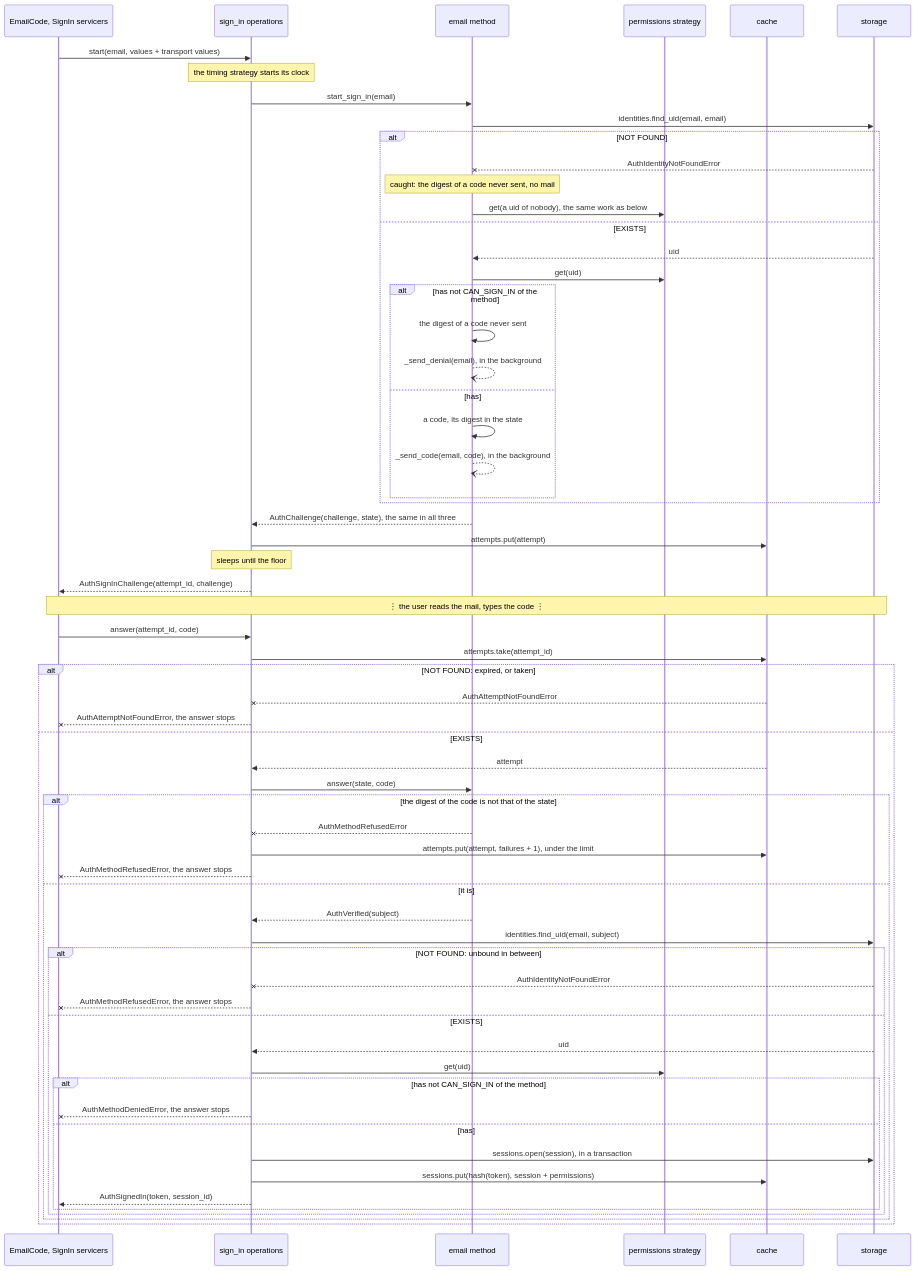
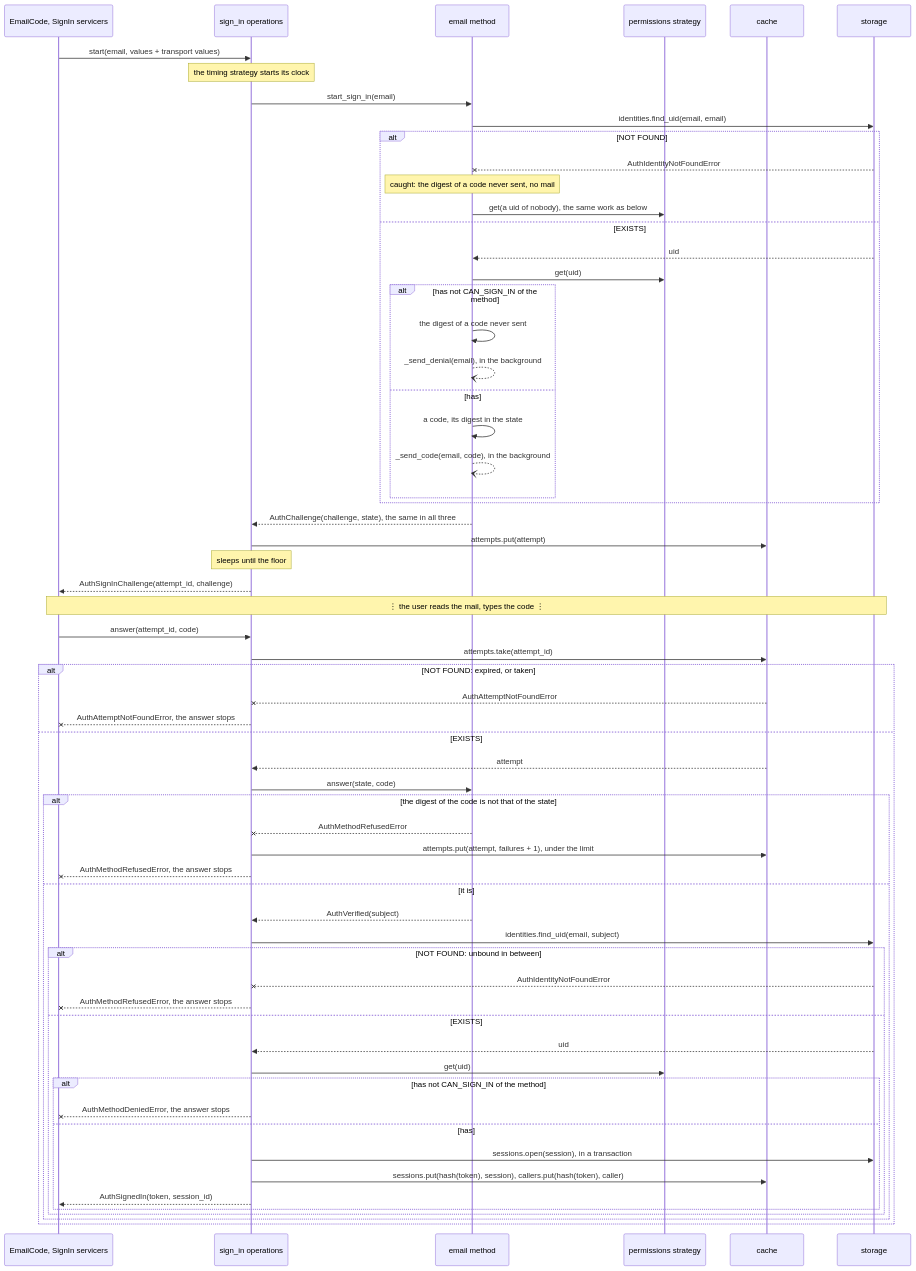
The second of 2 diagrams in docs/design/auth/methods/email-code.md (ak-ingots/ingots-libs), drawn with Mermaid before and after one commit. The commit also changed 4 other files, not shown here.

````diff
--- a/docs/design/auth/methods/email-code.md
+++ b/docs/design/auth/methods/email-code.md
@@ -87,64 +87,64 @@
 ```mermaid
 sequenceDiagram
     participant Servicer as EmailCode, SignIn servicers
     participant SignIn as sign_in operations
     participant Method as email method
     participant Perms as permissions strategy
     participant Cache as cache
     participant Storage as storage
     Servicer->>SignIn: start(email, values + transport values)
     Note over SignIn: the timing strategy starts its clock
     SignIn->>Method: start_sign_in(email)
     Method->>Storage: identities.find_uid(email, email)
     alt NOT FOUND
         Storage--xMethod: AuthIdentityNotFoundError
         Note over Method: caught: the digest of a code never sent, no mail
         Method->>Perms: get(a uid of nobody), the same work as below
     else EXISTS
         Storage-->>Method: uid
         Method->>Perms: get(uid)
         alt has not CAN_SIGN_IN of the method
             Method->>Method: the digest of a code never sent
             Method--)Method: _send_denial(email), in the background
         else has
             Method->>Method: a code, its digest in the state
             Method--)Method: _send_code(email, code), in the background
         end
     end
     Method-->>SignIn: AuthChallenge(challenge, state), the same in all three
     SignIn->>Cache: attempts.put(attempt)
     Note over SignIn: sleeps until the floor
     SignIn-->>Servicer: AuthSignInChallenge(attempt_id, challenge)
     Note over Servicer,Storage: ⋮ the user reads the mail, types the code ⋮
     Servicer->>SignIn: answer(attempt_id, code)
     SignIn->>Cache: attempts.take(attempt_id)
     alt NOT FOUND: expired, or taken
         Cache--xSignIn: AuthAttemptNotFoundError
         SignIn--xServicer: AuthAttemptNotFoundError, the answer stops
     else EXISTS
         Cache-->>SignIn: attempt
         SignIn->>Method: answer(state, code)
         alt the digest of the code is not that of the state
             Method--xSignIn: AuthMethodRefusedError
             SignIn->>Cache: attempts.put(attempt, failures + 1), under the limit
             SignIn--xServicer: AuthMethodRefusedError, the answer stops
         else it is
             Method-->>SignIn: AuthVerified(subject)
             SignIn->>Storage: identities.find_uid(email, subject)
             alt NOT FOUND: unbound in between
                 Storage--xSignIn: AuthIdentityNotFoundError
                 SignIn--xServicer: AuthMethodRefusedError, the answer stops
             else EXISTS
                 Storage-->>SignIn: uid
                 SignIn->>Perms: get(uid)
                 alt has not CAN_SIGN_IN of the method
                     SignIn--xServicer: AuthMethodDeniedError, the answer stops
                 else has
                     SignIn->>Storage: sessions.open(session), in a transaction
-                    SignIn->>Cache: sessions.put(hash(token), session + permissions)
+                    SignIn->>Cache: sessions.put(hash(token), session), callers.put(hash(token), caller)
                     SignIn-->>Servicer: AuthSignedIn(token, session_id)
                 end
             end
         end
     end
 ```
````
